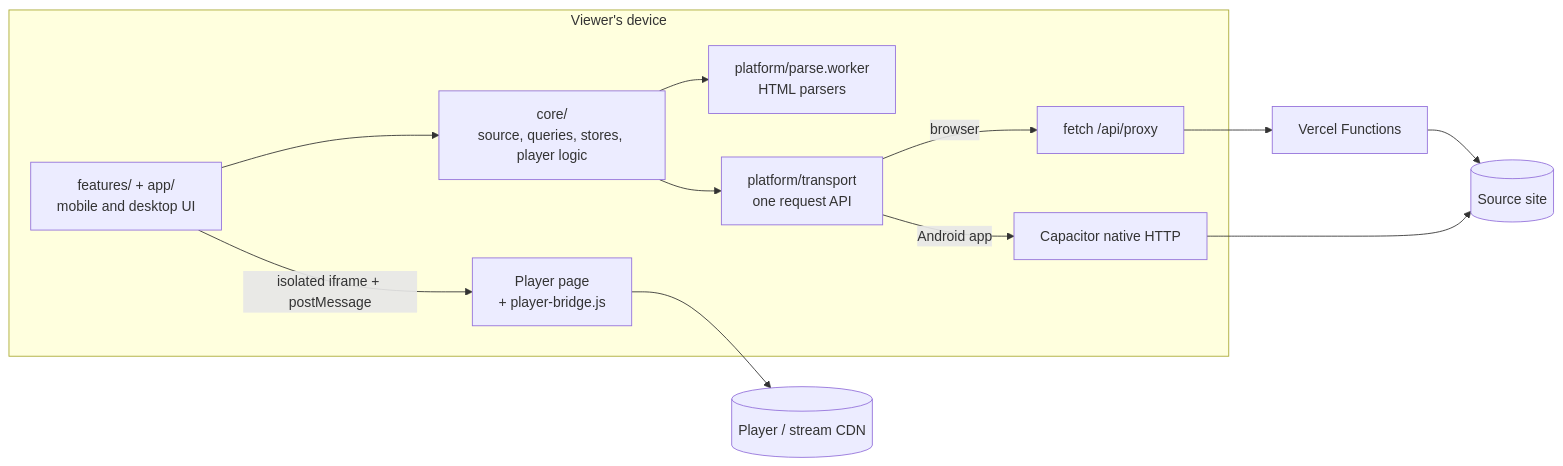
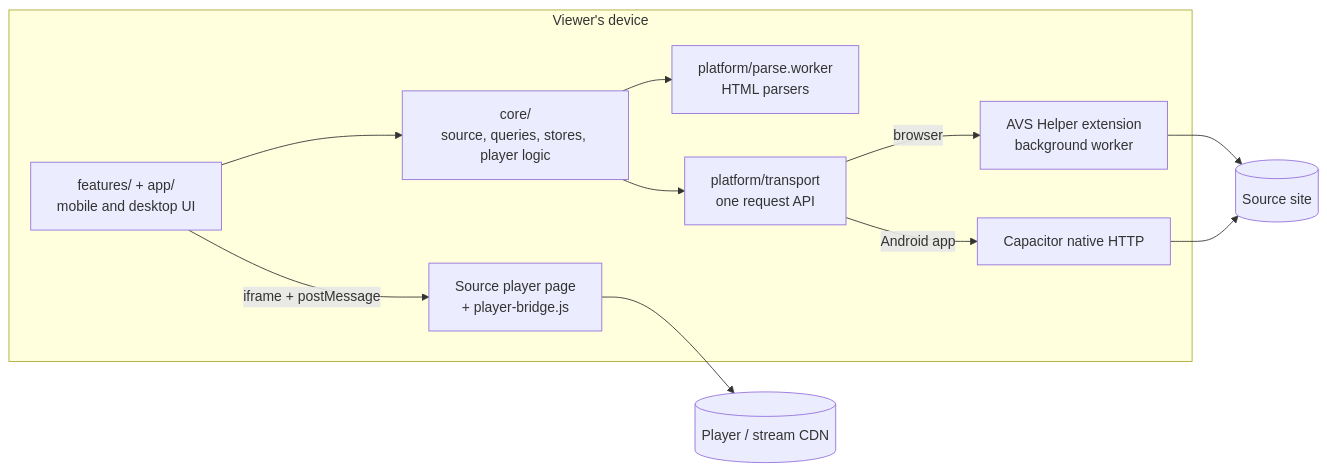
Before and after one commit to CodeForFee/anime-cinema-vite: the diagram in README.md, drawn with Mermaid. The commit also changed other lines of this file and 33 other files, not shown here.

````diff
--- a/README.md
+++ b/README.md
@@ -97,17 +92,17 @@
 ```mermaid
 flowchart LR
   subgraph Viewer["Viewer's device"]
     UI["features/ + app/<br/>mobile and desktop UI"]
     CORE["core/<br/>source, queries, stores, player logic"]
     W["platform/parse.worker<br/>HTML parsers"]
     TR["platform/transport<br/>one request API"]
     UI --> CORE --> TR
     CORE --> W
-    TR -- "browser" --> WEB["fetch /api/proxy"]
+    TR -- "browser" --> EXT["AVS Helper extension<br/>background worker"]
     TR -- "Android app" --> NAT["Capacitor native HTTP"]
-    UI -- "isolated iframe + postMessage" --> PL["Player page<br/>+ player-bridge.js"]
+    UI -- "iframe + postMessage" --> PL["Source player page<br/>+ player-bridge.js"]
   end
-  WEB --> API["Vercel Functions"] --> SRC[("Source site")]
+  EXT --> SRC[("Source site")]
   NAT --> SRC
   PL --> CDN[("Player / stream CDN")]
 ```
````
